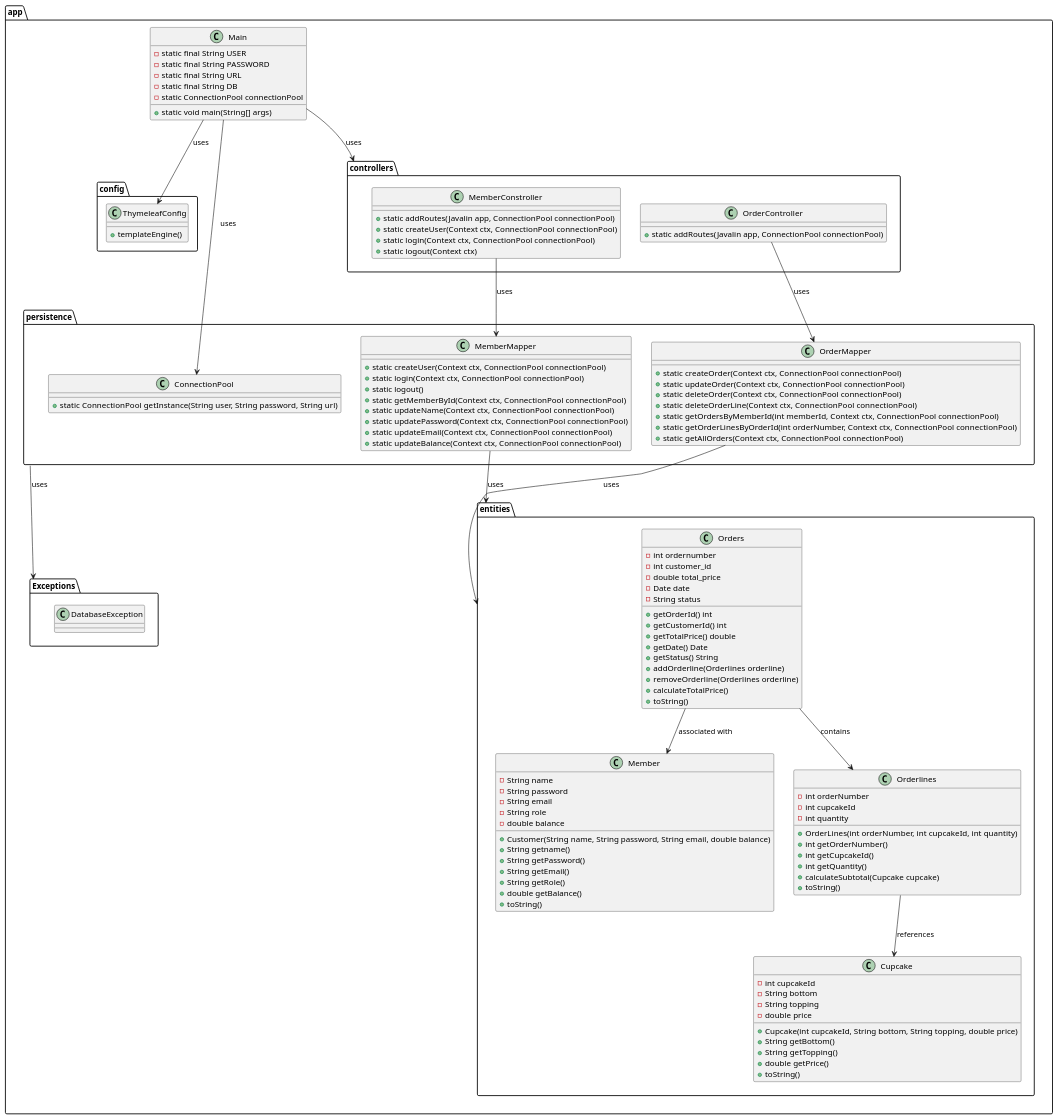
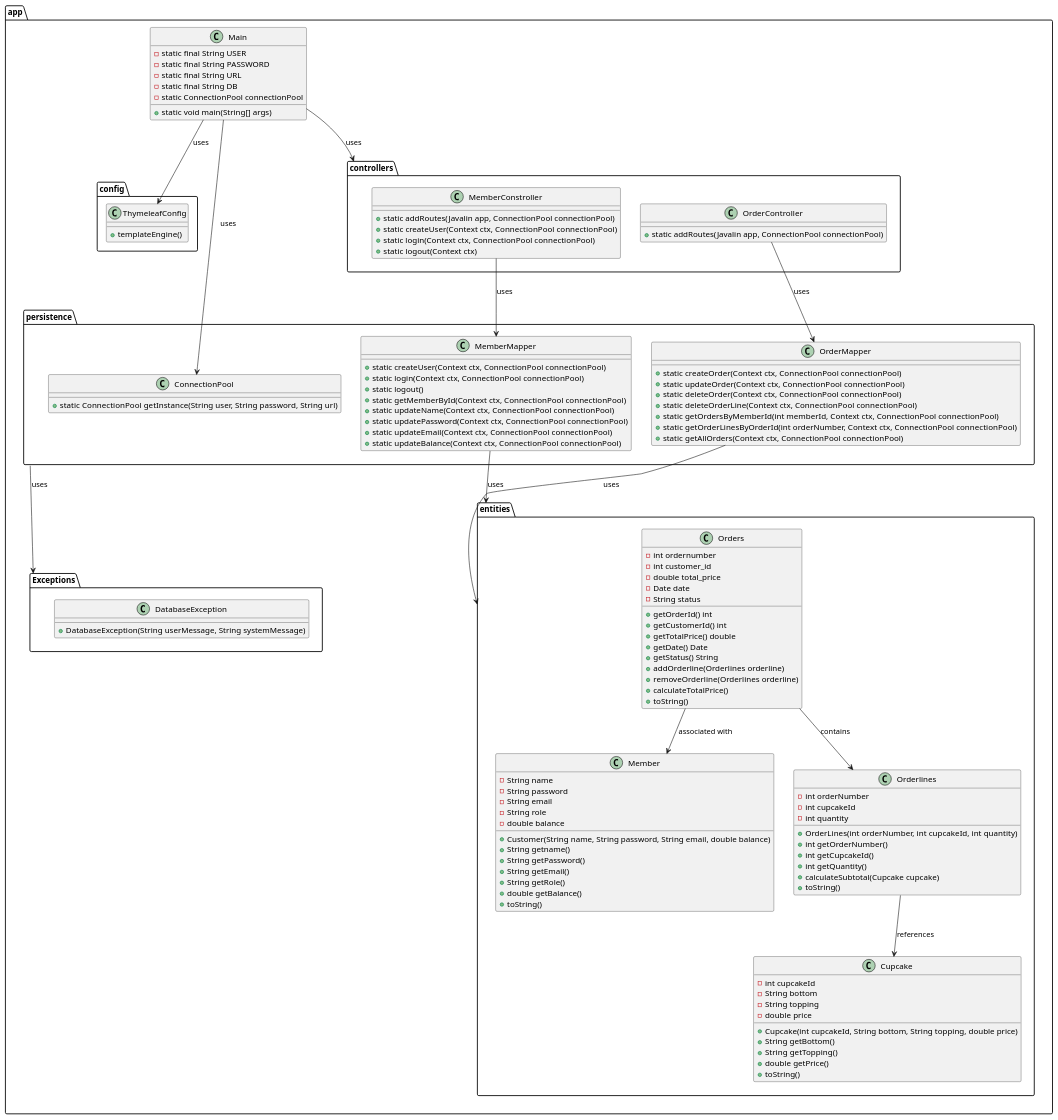
Before and after one commit to mrPrimeBeef/cupcake: the diagram in src/design/structur/Classdiagram v1.puml, drawn with PlantUML. The commit also changed 3 other files, not shown here.

Commit message:
diagrams

```diff
--- a/src/design/structur/Classdiagram v1.puml
+++ b/src/design/structur/Classdiagram v1.puml
@@ -1,129 +1,130 @@
 @startuml
 package app {
 
   class Main {
     - static final String USER
     - static final String PASSWORD
     - static final String URL
     - static final String DB
     - static ConnectionPool connectionPool
     + static void main(String[] args)
 
   }
   package app.Exceptions{
-  class DatabaseException
+  class DatabaseException{
+  + DatabaseException(String userMessage, String systemMessage)
   }
   package app.config {
     class ThymeleafConfig {
       + templateEngine()
     }
   }
 
   package app.persistence {
     class ConnectionPool {
       + static ConnectionPool getInstance(String user, String password, String url)
     }
     class MemberMapper{
       + static createUser(Context ctx, ConnectionPool connectionPool)
       + static login(Context ctx, ConnectionPool connectionPool)
       + static logout()
       + static getMemberById(Context ctx, ConnectionPool connectionPool)
       + static updateName(Context ctx, ConnectionPool connectionPool)
       + static updatePassword(Context ctx, ConnectionPool connectionPool)
       + static updateEmail(Context ctx, ConnectionPool connectionPool)
       + static updateBalance(Context ctx, ConnectionPool connectionPool)
     }
     class OrderMapper{
     + static createOrder(Context ctx, ConnectionPool connectionPool)
     + static updateOrder(Context ctx, ConnectionPool connectionPool)
     + static deleteOrder(Context ctx, ConnectionPool connectionPool)
     + static deleteOrderLine(Context ctx, ConnectionPool connectionPool)
     + static getOrdersByMemberId(int memberId, Context ctx, ConnectionPool connectionPool)
     + static getOrderLinesByOrderId(int orderNumber, Context ctx, ConnectionPool connectionPool)
     + static getAllOrders(Context ctx, ConnectionPool connectionPool)
     }
   }
 
   package app.entities{
       class Cupcake{
         - int cupcakeId
         - String bottom
         - String topping
         - double price
         + Cupcake(int cupcakeId, String bottom, String topping, double price)
         + String getBottom()
         + String getTopping()
         + double getPrice()
         + toString()
       }
      class Member{
         - String name
         - String password
         - String email
         - String role
         - double balance
         + Customer(String name, String password, String email, double balance)
         + String getname()
         + String getPassword()
         + String getEmail()
         + String getRole()
         + double getBalance()
         + toString()
      }
 
      class Orders {
              -int ordernumber
              -int customer_id
              -double total_price
              -Date date
              -String status
              +getOrderId() int
              +getCustomerId() int
              +getTotalPrice() double
              +getDate() Date
              +getStatus() String
              +addOrderline(Orderlines orderline)
              +removeOrderline(Orderlines orderline)
              +calculateTotalPrice()
              + toString()
          }
      class Orderlines {
          - int orderNumber
          - int cupcakeId
          - int quantity
          + OrderLines(int orderNumber, int cupcakeId, int quantity)
          + int getOrderNumber()
          + int getCupcakeId()
          + int getQuantity()
          + calculateSubtotal(Cupcake cupcake)
          + toString()
          }
   }
 
   package app.controllers {
     class MemberConstroller{
     + static addRoutes(Javalin app, ConnectionPool connectionPool)
     + static createUser(Context ctx, ConnectionPool connectionPool)
     + static login(Context ctx, ConnectionPool connectionPool)
     + static logout(Context ctx)
       }
     class OrderController{
     + static addRoutes(Javalin app, ConnectionPool connectionPool)
     }
   }
     Main --> app.controllers : uses
     Main --> ConnectionPool : uses
     Main --> ThymeleafConfig : uses
 
     MemberConstroller --> MemberMapper : uses
     OrderController --> OrderMapper : uses
     app.persistence --> app.Exceptions : uses
 
     MemberMapper --> app.entities : uses
     OrderMapper --> app.entities : uses
 
     Orders --> Orderlines : contains
     Orders --> Member : associated with
     Orderlines --> Cupcake : references
 }
 @enduml
```
